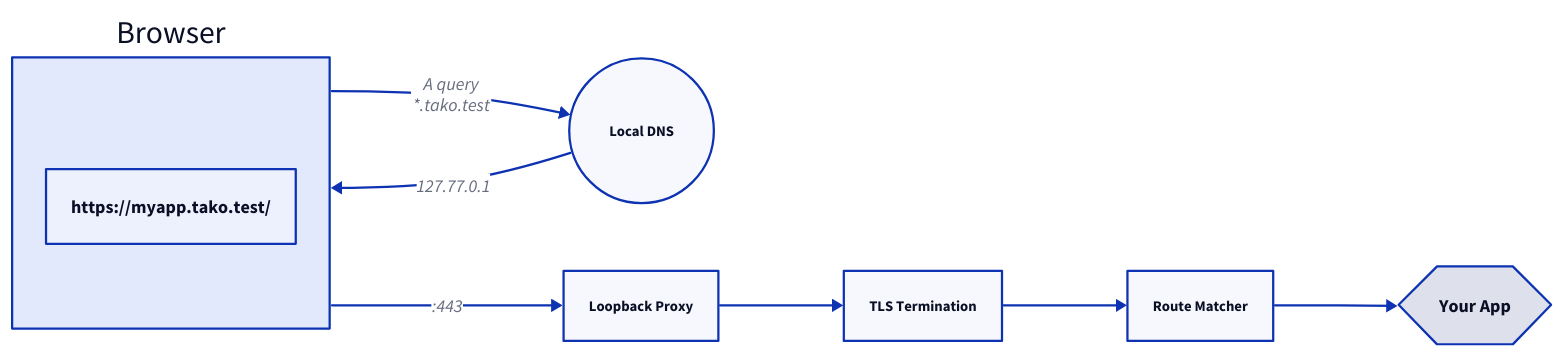
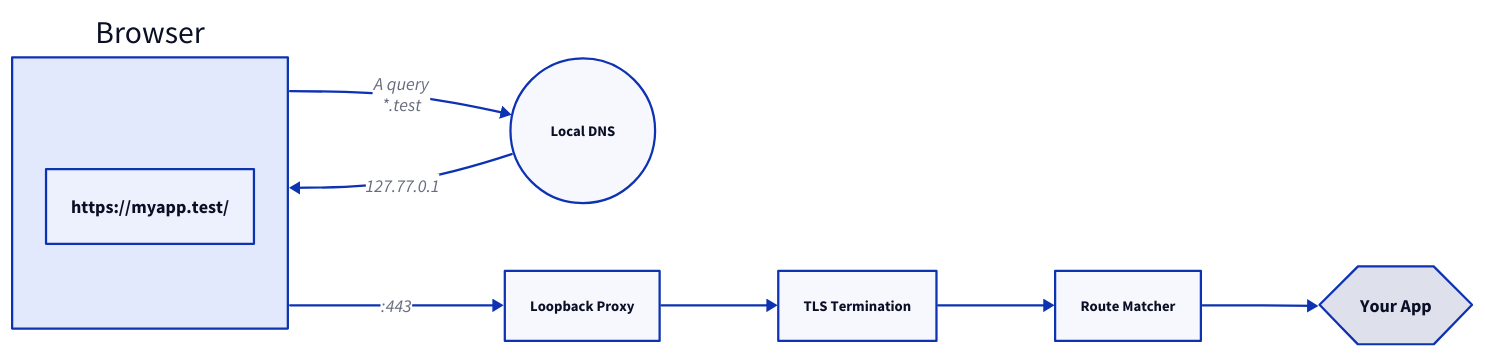
The diagram in website/src/content/blog/local-dev-with-real-https.md (lilienblum/tako), drawn with D2 before and after one commit. The commit also changed other lines of this file and 5 other files, not shown here.

First line of the commit message:
docs(blog): update dev domain references from .tako.test to .test

````diff
--- a/website/src/content/blog/local-dev-with-real-https.md
+++ b/website/src/content/blog/local-dev-with-real-https.md
@@ -45,35 +45,35 @@
 ```d2
 direction: right
 
 browser: Browser {
-  url: "https://myapp.tako.test/"
+  url: "https://myapp.test/"
 }
 
 dns: Local DNS {
   shape: circle
   style.font-size: 13
 }
 
 proxy: Loopback Proxy {
   style.font-size: 13
 }
 
 tls: TLS Termination {
   style.font-size: 13
 }
 
 router: Route Matcher {
   style.font-size: 13
 }
 
 app: Your App {
   shape: hexagon
 }
 
-browser -> dns: "A query\n*.tako.test"
+browser -> dns: "A query\n*.test"
 dns -> browser: "127.77.0.1"
 browser -> proxy: ":443"
 proxy -> tls
 tls -> router
 router -> app
 ```
````
